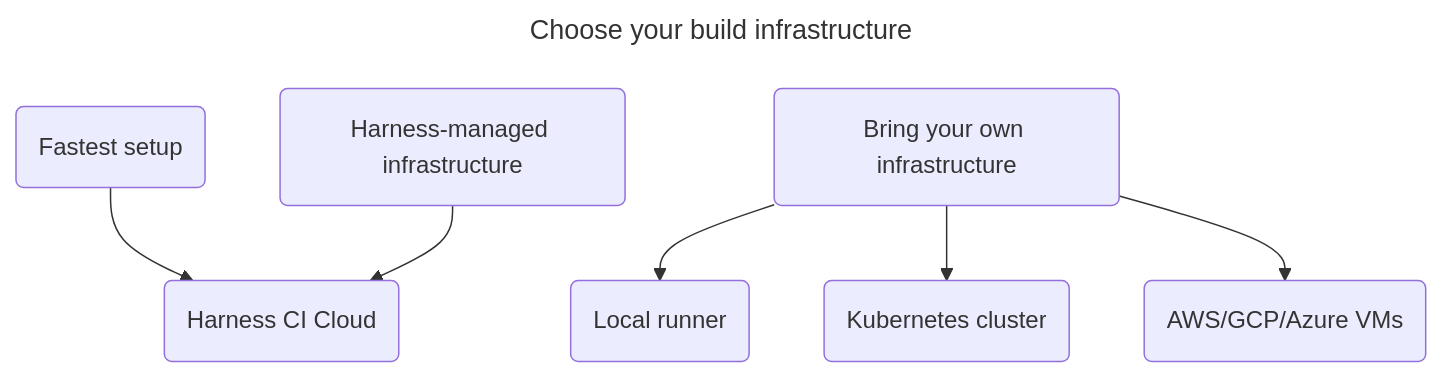
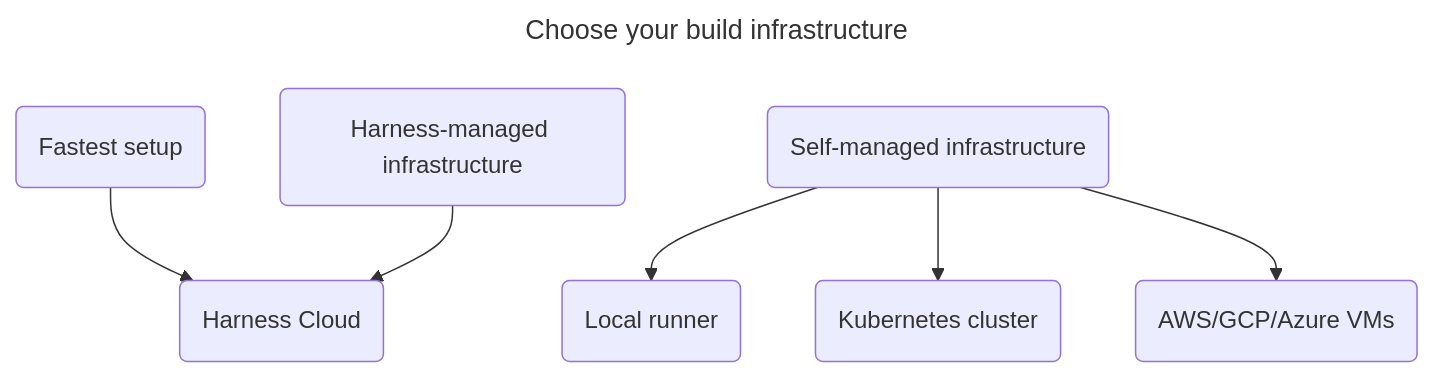
Before and after one commit to harness/developer-hub: the diagram in docs/continuous-integration/use-ci/set-up-build-infrastructure/which-build-infrastructure-is-right-for-me.md, drawn with Mermaid. The commit also changed other lines of this file and 1 other file, not shown here.

Commit message:
runner decision tree and macos notes

````diff
--- a/docs/continuous-integration/use-ci/set-up-build-infrastructure/which-build-infrastructure-is-right-for-me.md
+++ b/docs/continuous-integration/use-ci/set-up-build-infrastructure/which-build-infrastructure-is-right-for-me.md
@@ -14,12 +12,12 @@
 ```mermaid
 ---
 title: Choose your build infrastructure
 ---
 flowchart TD
-    A(Fastest setup) --> D(Harness CI Cloud)
+    A(Fastest setup) --> D(Harness Cloud)
     B(Harness-managed infrastructure) --> D
 
-    C(Bring your own infrastructure) --> E(Local runner)
+    C(Self-managed infrastructure) --> E(Local runner)
     C --> F(Kubernetes cluster)
     C --> G(AWS/GCP/Azure VMs)
 ```
````
